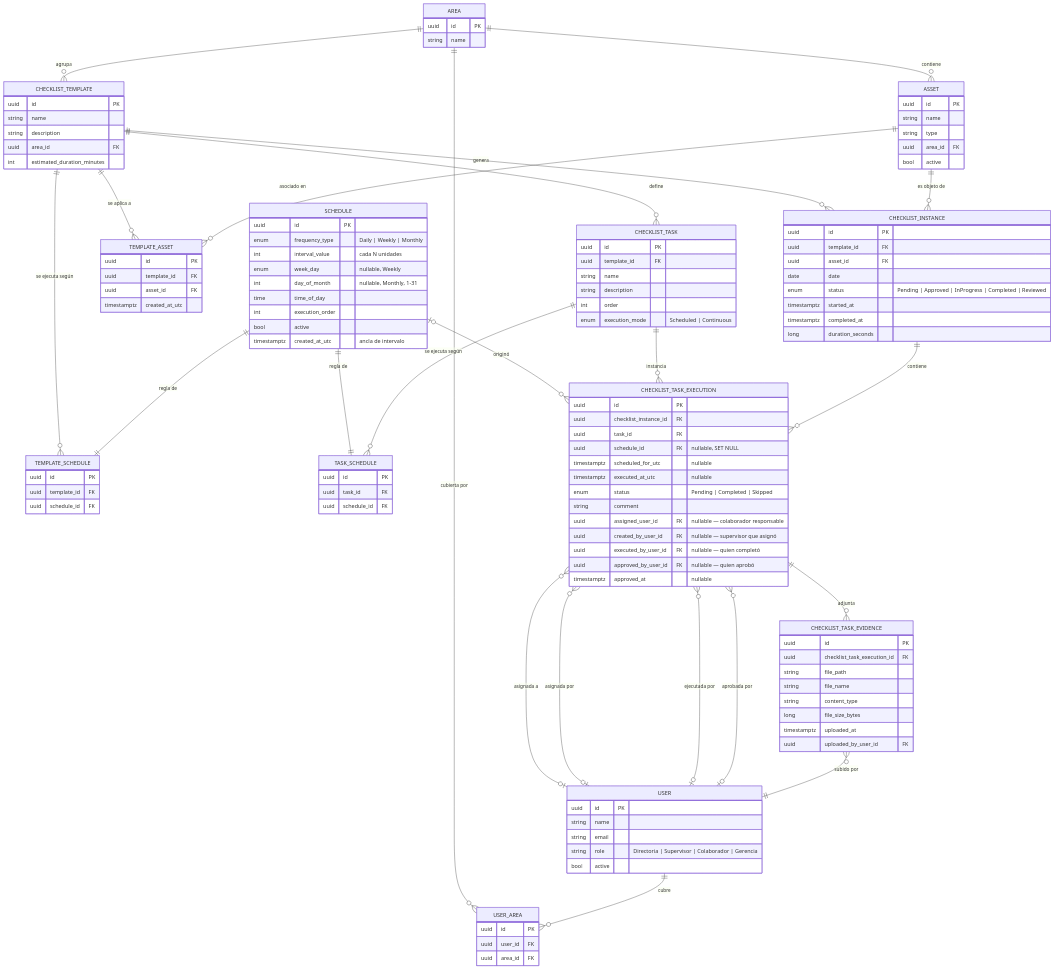
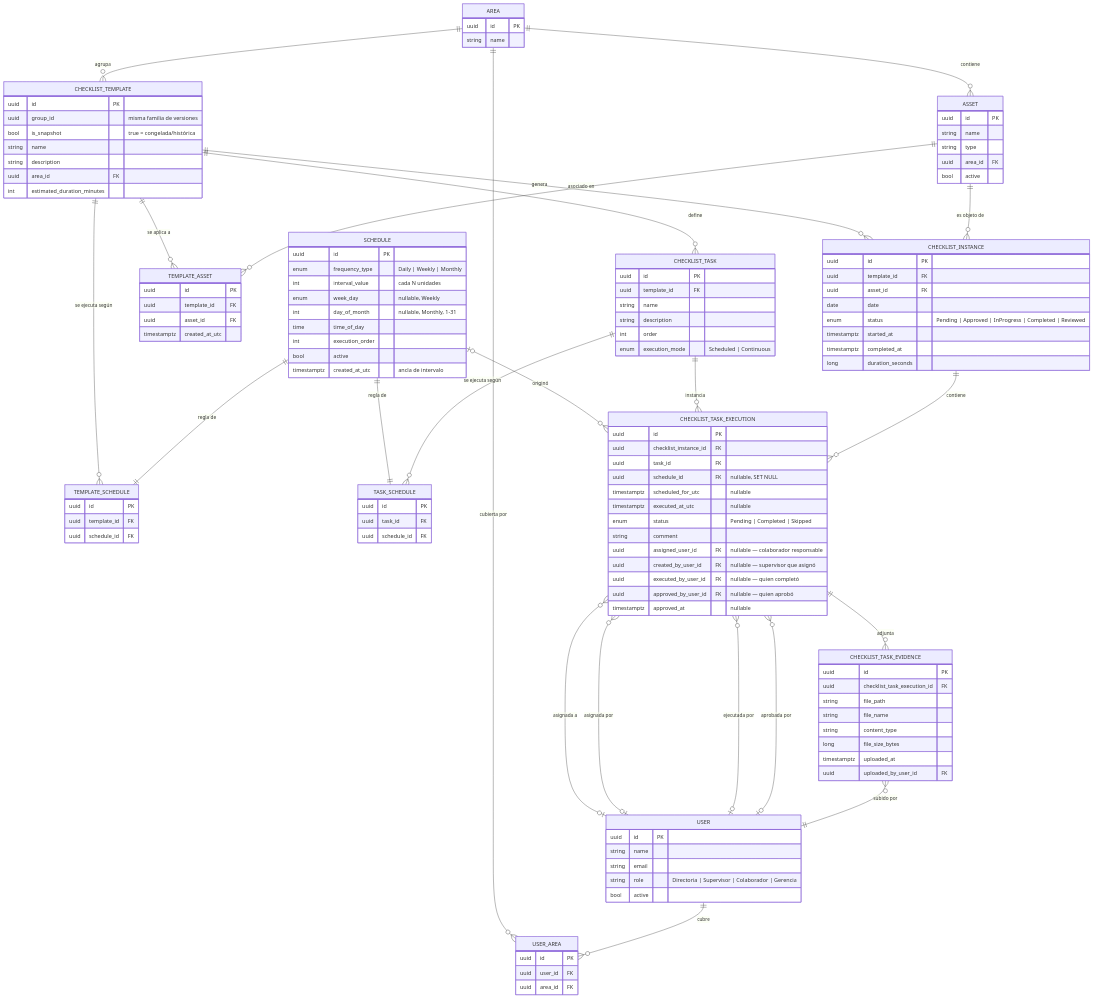
Before and after one commit to Tativv/apiChecklist: the diagram in docs/entity-relationship-diagram.md, drawn with Mermaid. The commit also changed other lines of this file and 15 other files, not shown here.

```diff
--- a/docs/entity-relationship-diagram.md
+++ b/docs/entity-relationship-diagram.md
@@ -129,6 +129,8 @@
 
     CHECKLIST_TEMPLATE {
         uuid id PK
+        uuid group_id "misma familia de versiones"
+        bool is_snapshot "true = congelada/histórica"
         string name
         string description
         uuid area_id FK
```
